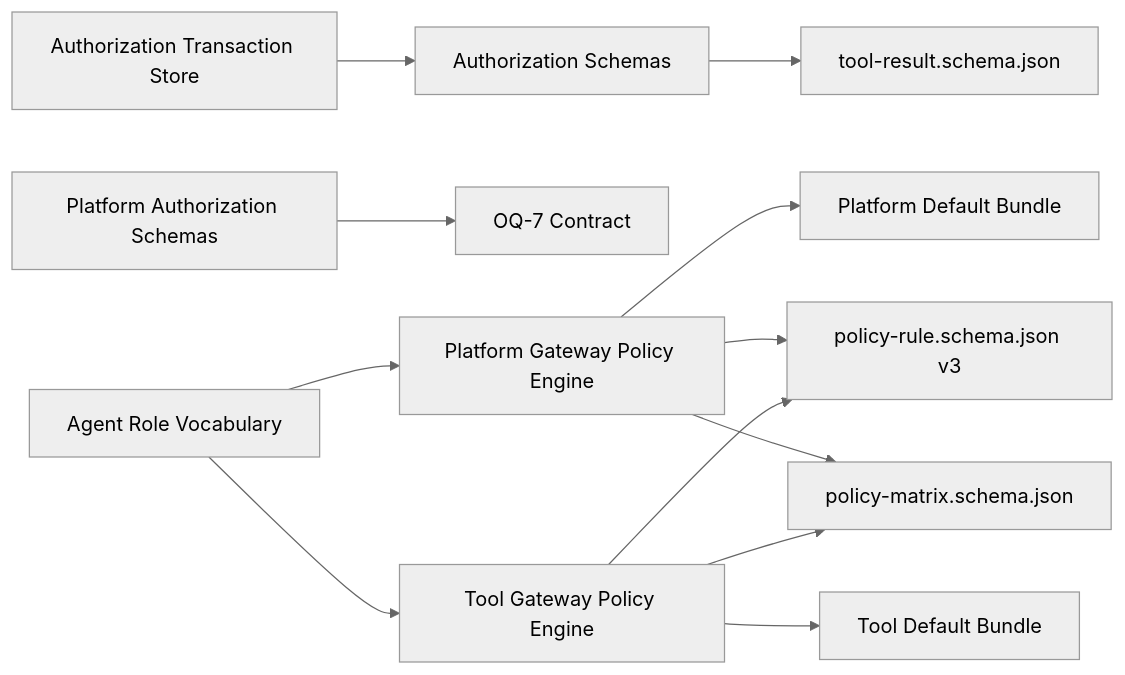
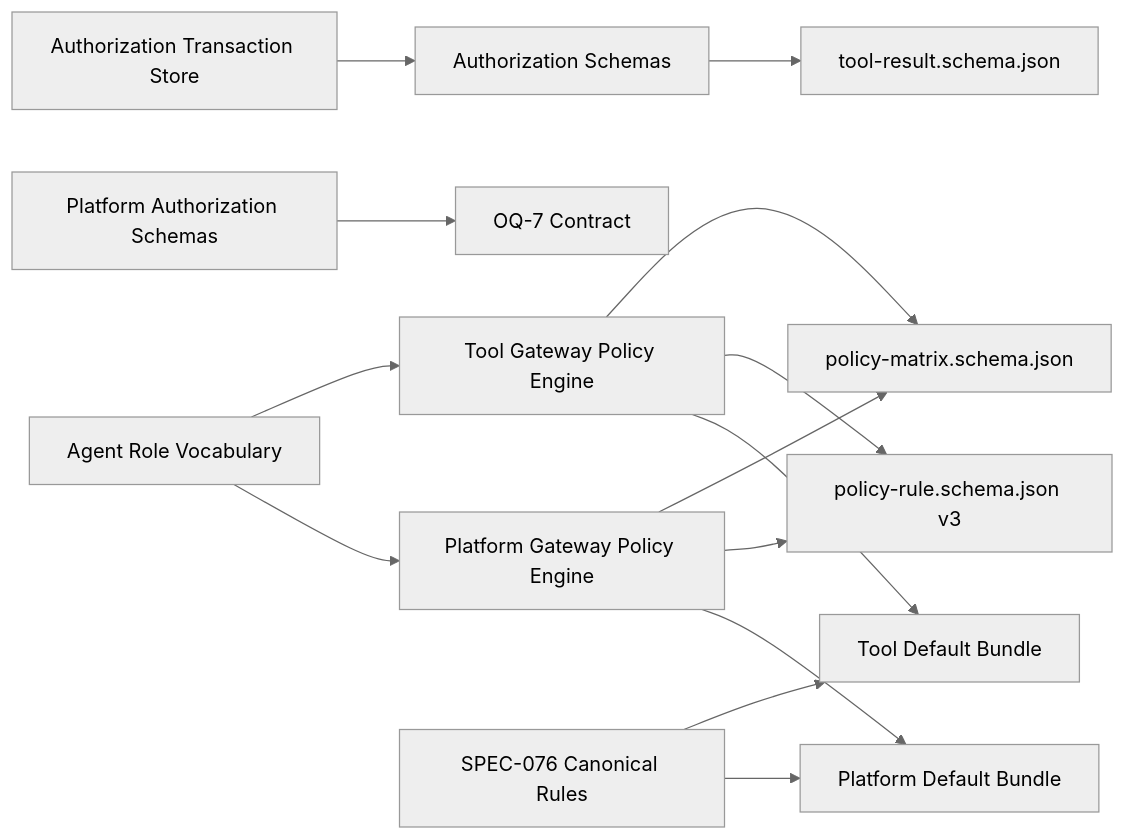
Diagram 21 of 21 in .qoder/repowiki/en/content/Core Services/Platform Gateway/Policy Engine and Authorization.md (metasync/luban-aiops), drawn with Mermaid (neutral theme) before and after one commit. The commit also changed other lines of this file and 164 other files, not shown here.

````diff
--- a/.qoder/repowiki/en/content/Core Services/Platform Gateway/Policy Engine and Authorization.md
+++ b/.qoder/repowiki/en/content/Core Services/Platform Gateway/Policy Engine and Authorization.md
@@ -656,14 +787,16 @@
 ```mermaid
 graph LR
 PGW_PE["Platform Gateway Policy Engine"] --> PGW_BUNDLE["Platform Default Bundle"]
 PGW_PE --> SCHEMA_R["policy-rule.schema.json v3"]
 PGW_PE --> SCHEMA_M["policy-matrix.schema.json"]
 PGW_AUTH["Platform Authorization Schemas"] --> OQ7_CONTRACT["OQ-7 Contract"]
 TGW_PE["Tool Gateway Policy Engine"] --> TGW_BUNDLE["Tool Default Bundle"]
 TGW_PE --> SCHEMA_R
 TGW_PE --> SCHEMA_M
 AUTH_TX["Authorization Transaction Store"] --> AUTH_SCHEMA["Authorization Schemas"]
 AUTH_SCHEMA --> TOOL_RESULT["tool-result.schema.json"]
 AGENT_ROLE["Agent Role Vocabulary"] --> PGW_PE
 AGENT_ROLE --> TGW_PE
+SPEC076_RULES["SPEC-076 Canonical Rules"] --> PGW_BUNDLE
+SPEC076_RULES --> TGW_BUNDLE
 ```
````
